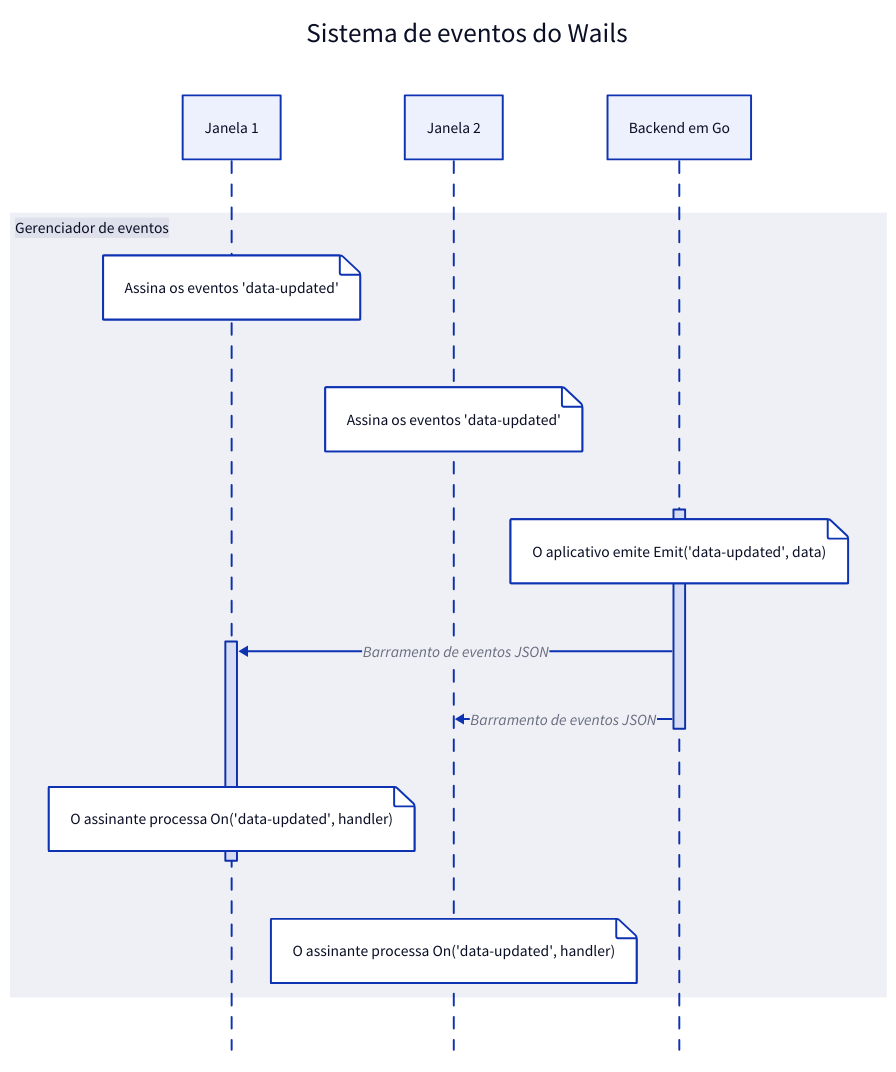
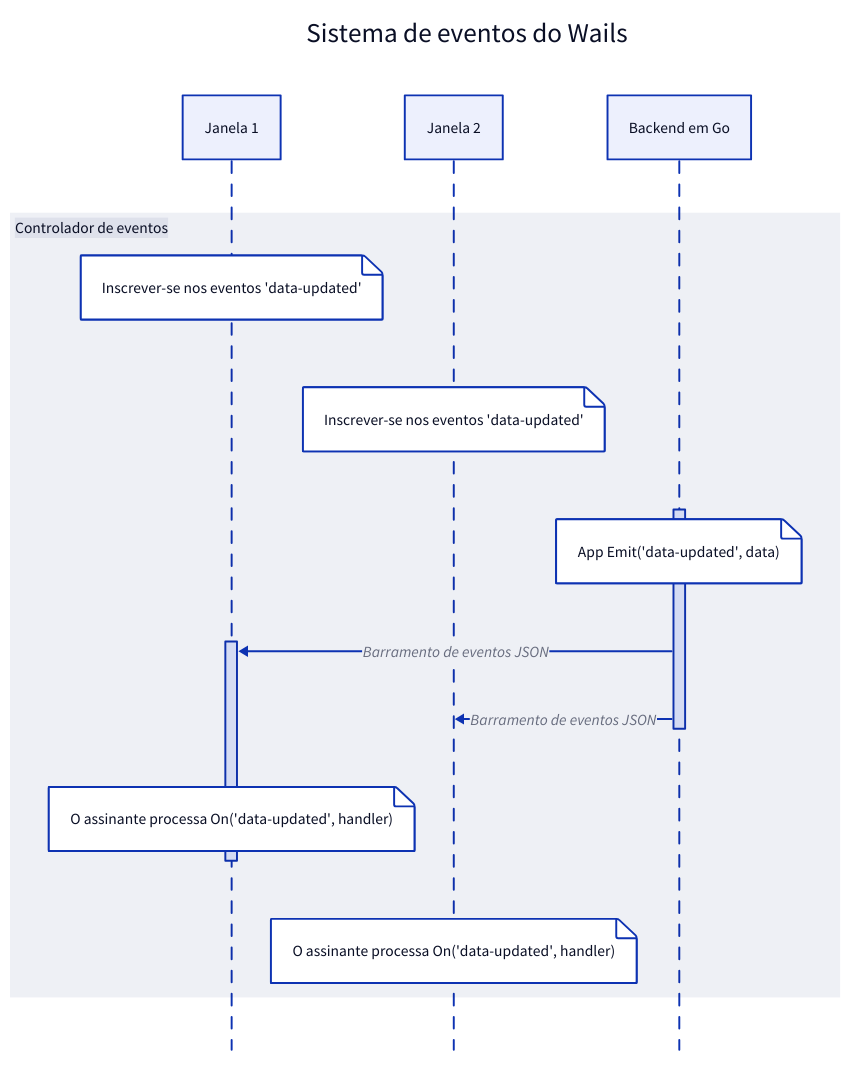
Before and after one commit to wailsapp/wails: the third of 8 diagrams in docs/mpress/content/pt/concepts/architecture.md, drawn with D2. The commit also changed other lines of this file and 1096 other files, not shown here.

````diff
--- a/docs/mpress/content/pt/concepts/architecture.md
+++ b/docs/mpress/content/pt/concepts/architecture.md
@@ -204,24 +204,24 @@
 ```d2
 direction: left
 
 Wails Event System: Sistema de eventos do Wails {
   shape: sequence_diagram
 
   window1: Janela 1
   window2: Janela 2
   backend: Backend em Go
 
-  Event Driver: Gerenciador de eventos {
+  Event Driver: Controlador de eventos {
     shape: sequence_diagram
-    window1."Subscribe to 'data-updated' events": "Assina os eventos 'data-updated'"
-    window2."Subscribe to 'data-updated' events": "Assina os eventos 'data-updated'"
-    backend.a."App Emit('data-updated', data)": "O aplicativo emite Emit('data-updated', data)"
+    window1."Subscribe to 'data-updated' events": "Inscrever-se nos eventos 'data-updated'"
+    window2."Subscribe to 'data-updated' events": "Inscrever-se nos eventos 'data-updated'"
+    backend.a."App Emit('data-updated', data)": "App Emit('data-updated', data)"
     backend.a -> window1.a: Barramento de eventos JSON
     backend.a -> window2: Barramento de eventos JSON
     window1.a."Subscriber processes On('data-updated', handler)": "O assinante processa On('data-updated', handler)"
     window2."Subscriber processes On('data-updated', handler)": "O assinante processa On('data-updated', handler)"
   }
   backend.a.label: a
   window1.a.label: a
 }
 ```
````
